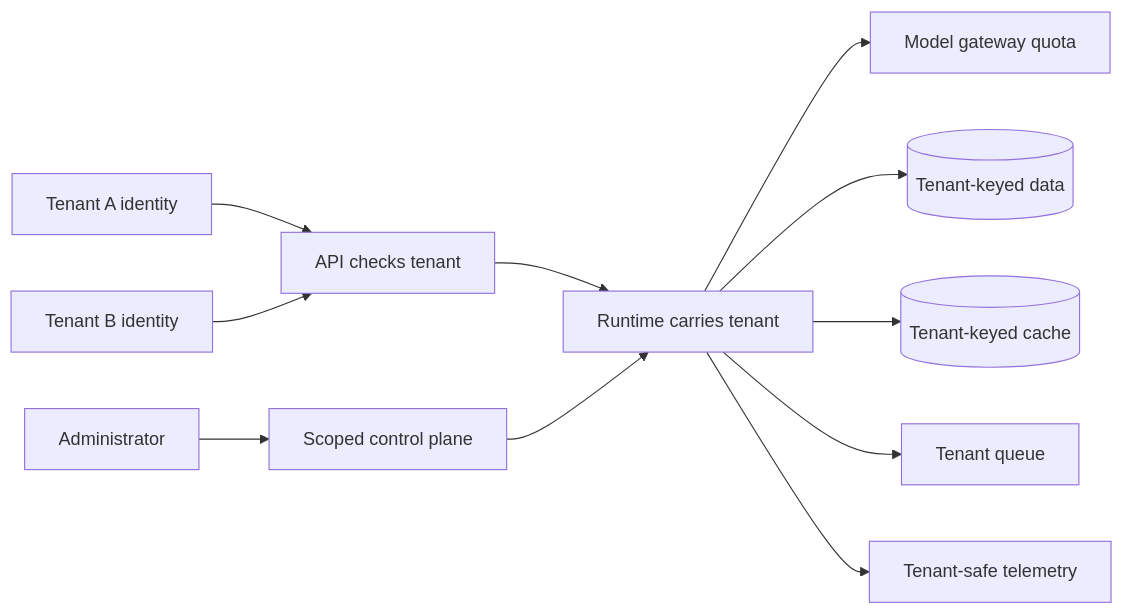
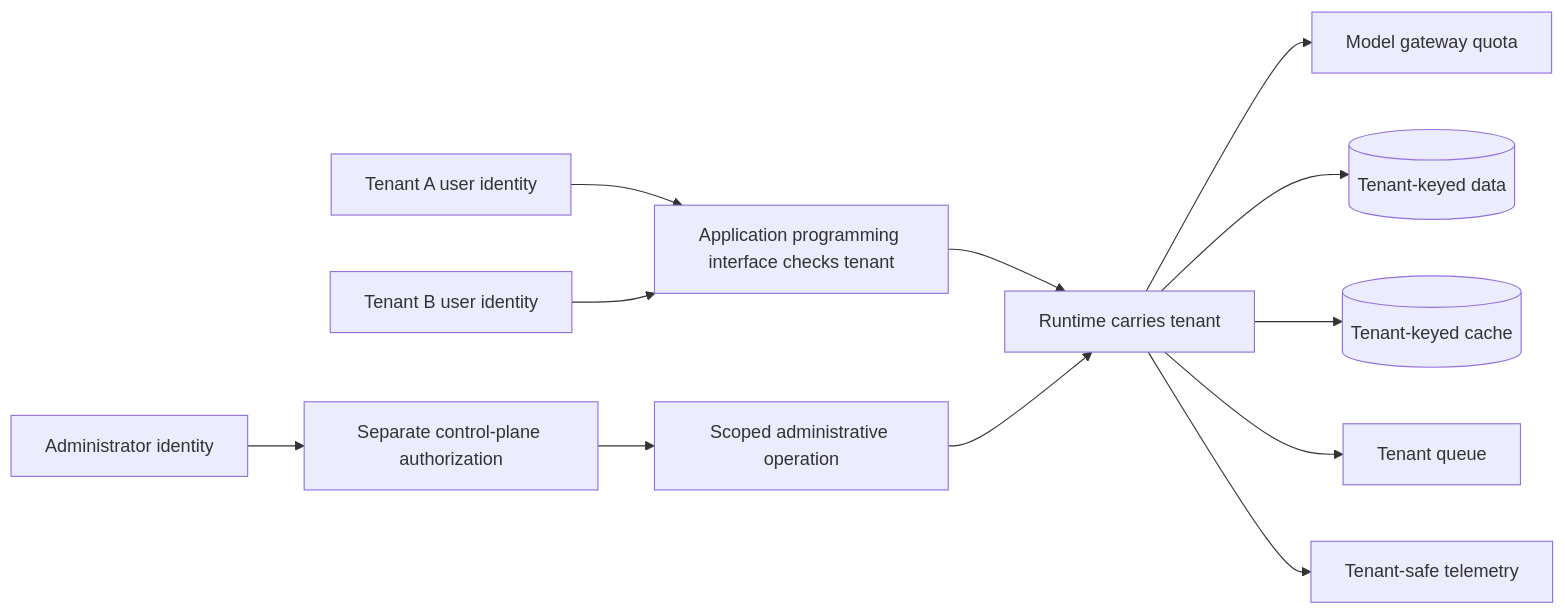
The first of 3 diagrams in modules/08-scale-economics-lifecycle/chapters/34-multi-tenant-multi-region-design.md (VikrantSingh01/Agentic_System_Design), drawn with Mermaid before and after one commit. The commit also changed other lines of this file and 2 other files, not shown here.

Commit message:
Improve Module 8 diagram accessibility

````diff
--- a/modules/08-scale-economics-lifecycle/chapters/34-multi-tenant-multi-region-design.md
+++ b/modules/08-scale-economics-lifecycle/chapters/34-multi-tenant-multi-region-design.md
@@ -58,13 +58,14 @@
 ```mermaid
 flowchart LR
-    A[Tenant A identity] --> API[API checks tenant]
-    B[Tenant B identity] --> API
-    API --> R[Runtime carries tenant]
+    A[Tenant A user identity] --> U[Application programming interface checks tenant]
+    B[Tenant B user identity] --> U
+    U --> R[Runtime carries tenant]
     R --> M[Model gateway quota]
     R --> D[(Tenant-keyed data)]
     R --> C[(Tenant-keyed cache)]
     R --> Q[Tenant queue]
     R --> T[Tenant-safe telemetry]
-    X[Administrator] --> P[Scoped control plane]
-    P --> R
+    X[Administrator identity] --> P[Separate control-plane authorization]
+    P --> S[Scoped administrative operation]
+    S --> R
 ```
````
